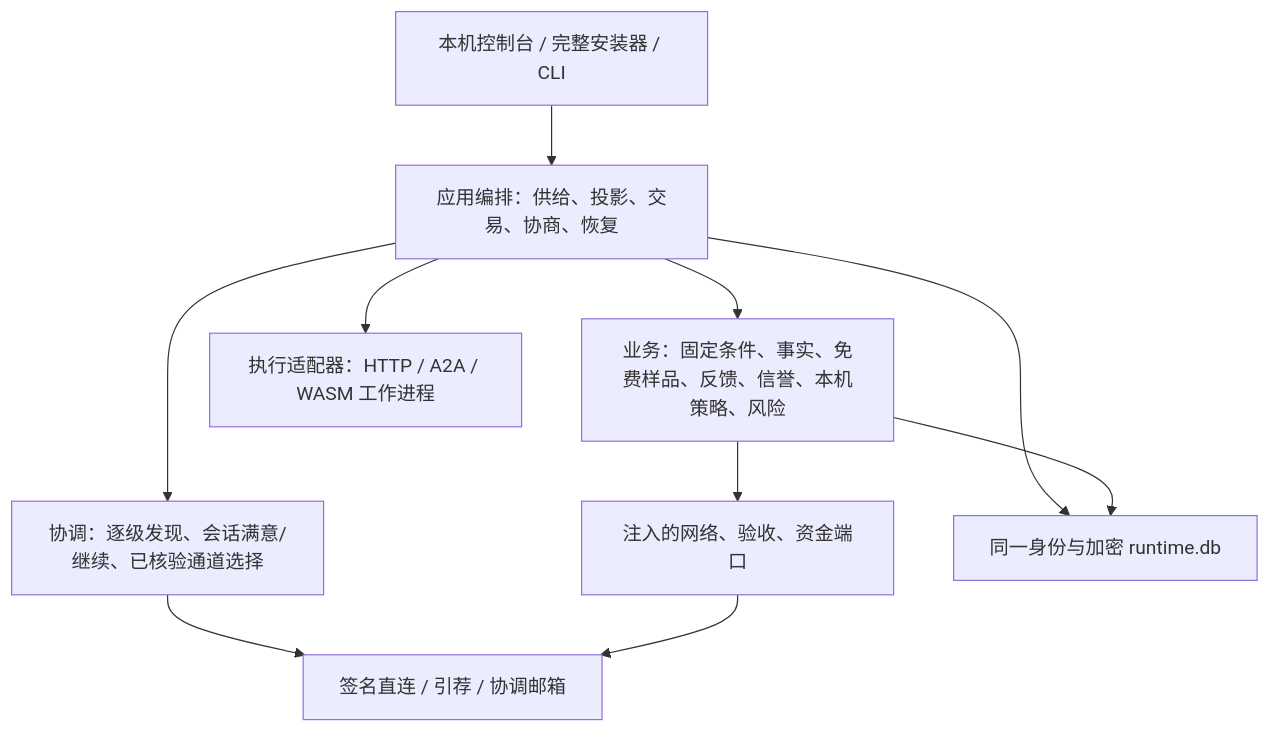
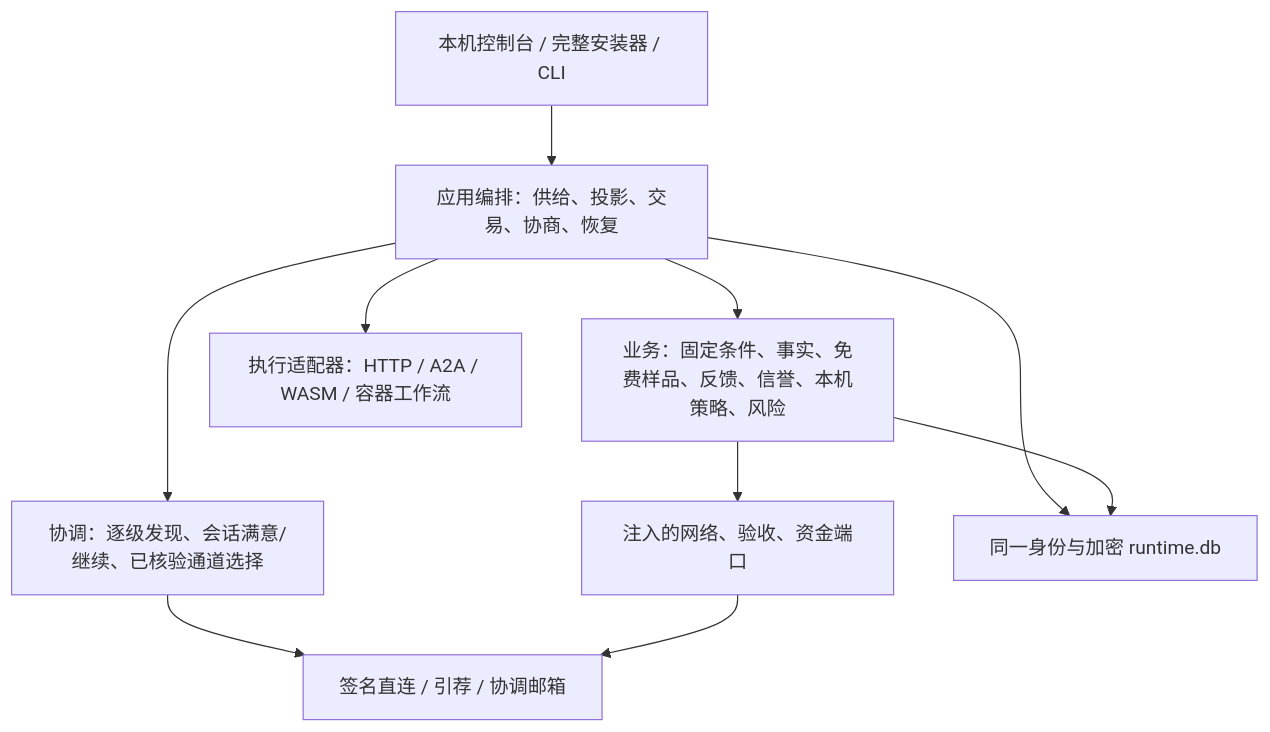
One commit to denggl123/a2a changed the diagram in docs/VISION-IMPLEMENTATION.md. Above: the diagram before and after it, drawn with Mermaid. The commit also changed other lines of this file and 173 other files, not shown here.

````diff
--- a/docs/VISION-IMPLEMENTATION.md
+++ b/docs/VISION-IMPLEMENTATION.md
@@ -29,12 +31,12 @@
 ```mermaid
 flowchart TB
   UI[本机控制台 / 完整安装器 / CLI] --> APP[应用编排：供给、投影、交易、协商、恢复]
   APP --> B[业务：固定条件、事实、免费样品、反馈、信誉、本机策略、风险]
   APP --> C[协调：逐级发现、会话满意/继续、已核验通道选择]
   B --> PORT[注入的网络、验收、资金端口]
   C --> N[签名直连 / 引荐 / 协调邮箱]
   PORT --> N
-  APP --> R[执行适配器：HTTP / A2A / WASM 工作进程]
+  APP --> R[执行适配器：HTTP / A2A / WASM / 容器工作流]
   APP --> D[同一身份与加密 runtime.db]
   B --> D
 ```
````
